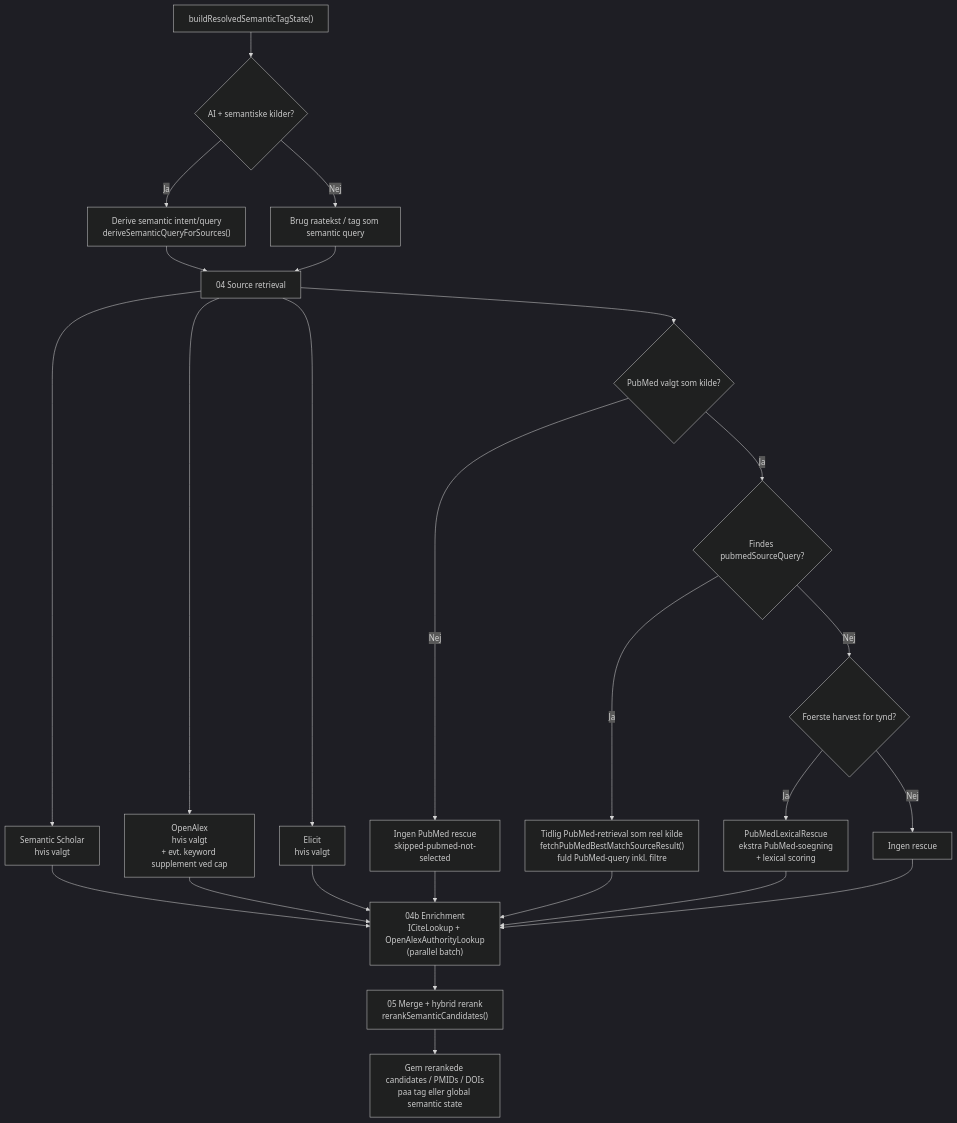
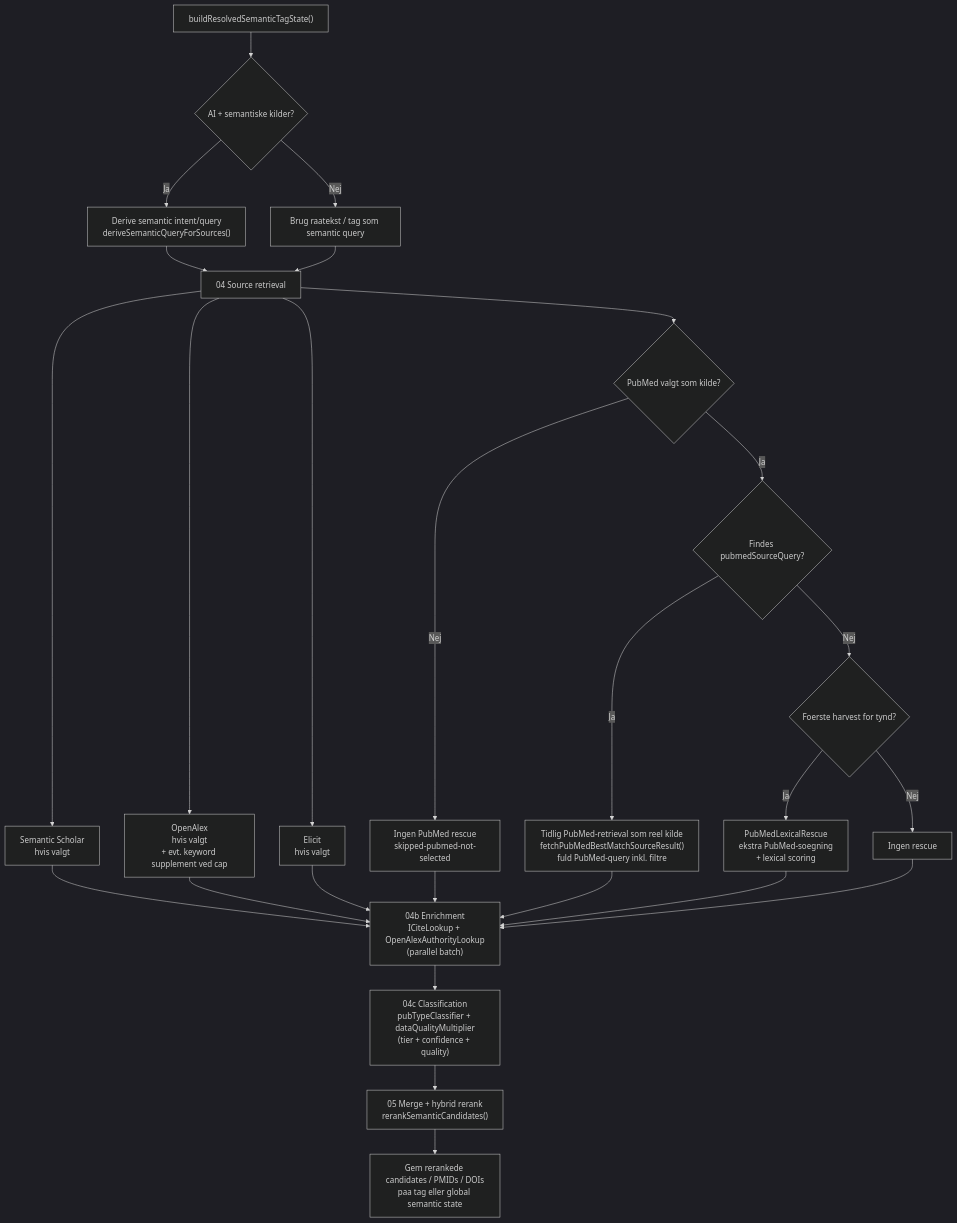
The second of 6 diagrams in backend/docs/search-flow-diagram.md (danishdiabetesknowledgecenter/QuickPubMed), drawn with Mermaid (dark theme) before and after one commit. The commit also changed other lines of this file and 31 other files, not shown here.

````diff
--- a/backend/docs/search-flow-diagram.md
+++ b/backend/docs/search-flow-diagram.md
@@ -57,36 +57,37 @@
 ```mermaid
 flowchart TD
   A["buildResolvedSemanticTagState()"] --> B{"AI + semantiske kilder?"}
 
   B -- "Ja" --> C["Derive semantic intent/query<br/>deriveSemanticQueryForSources()"]
   B -- "Nej" --> D["Brug raatekst / tag som semantic query"]
 
   C --> E["04 Source retrieval"]
   D --> E
 
   E --> SS["Semantic Scholar<br/>hvis valgt"]
   E --> OA["OpenAlex<br/>hvis valgt<br/>+ evt. keyword supplement ved cap"]
   E --> EL["Elicit<br/>hvis valgt"]
 
   E --> PM{"PubMed valgt som kilde?"}
 
   PM -- "Nej" --> PM0["Ingen PubMed rescue<br/>skipped-pubmed-not-selected"]
 
   PM -- "Ja" --> PM1{"Findes pubmedSourceQuery?"}
   PM1 -- "Ja" --> PM2["Tidlig PubMed-retrieval som reel kilde<br/>fetchPubMedBestMatchSourceResult()<br/>fuld PubMed-query inkl. filtre"]
   PM1 -- "Nej" --> PM3{"Foerste harvest for tynd?"}
 
   PM3 -- "Ja" --> PM4["PubMedLexicalRescue<br/>ekstra PubMed-soegning<br/>+ lexical scoring"]
   PM3 -- "Nej" --> PM5["Ingen rescue"]
 
   SS --> EN["04b Enrichment<br/>ICiteLookup + OpenAlexAuthorityLookup<br/>(parallel batch)"]
   OA --> EN
   EL --> EN
   PM0 --> EN
   PM2 --> EN
   PM4 --> EN
   PM5 --> EN
 
-  EN --> M["05 Merge + hybrid rerank<br/>rerankSemanticCandidates()"]
+  EN --> CL["04c Classification<br/>pubTypeClassifier + dataQualityMultiplier<br/>(tier + confidence + quality)"]
+  CL --> M["05 Merge + hybrid rerank<br/>rerankSemanticCandidates()"]
   M --> N["Gem rerankede candidates / PMIDs / DOIs<br/>paa tag eller global semantic state"]
 ```
````
